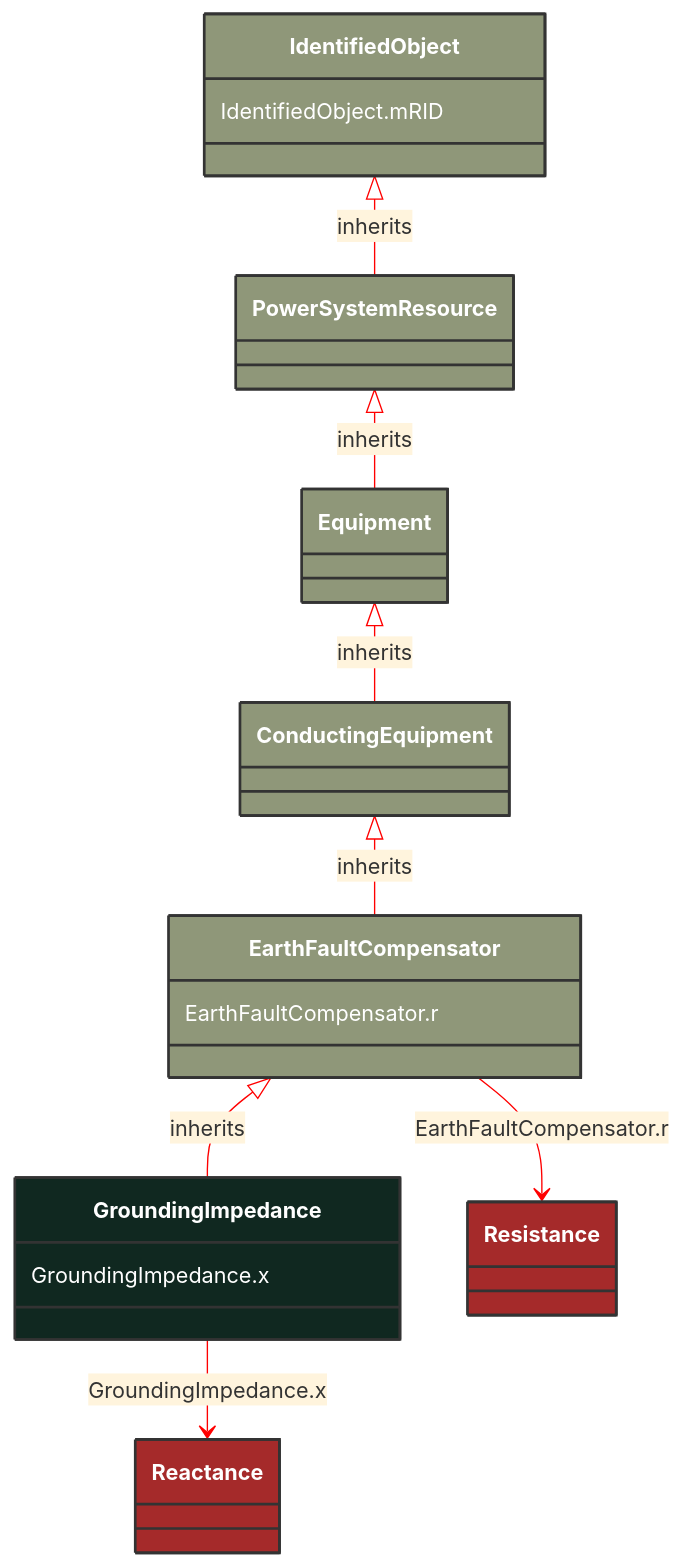
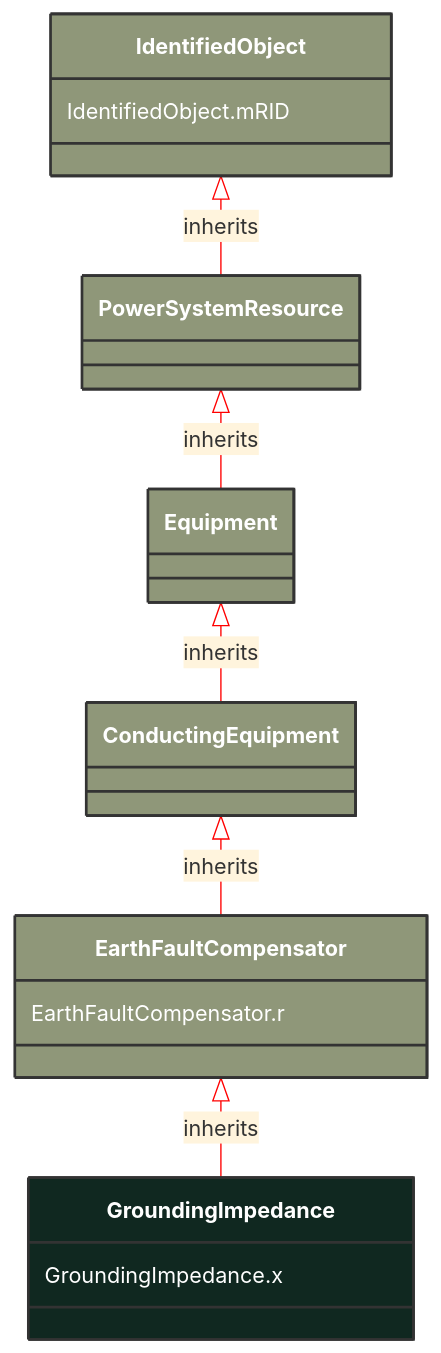
One commit to 3lbits/NoCIMExtensions changed the diagram in docs/Models/Profiles/ShortCircuit/ConcreteClasses/GroundingImpedance.md. Above: the diagram before and after it, drawn with Mermaid. The commit also changed other lines of this file and 397 other files, not shown here.

First line of the commit message:
Refactor CIM schemas to introduce abstract classes and consolidate data types

````diff
--- a/docs/Models/Profiles/ShortCircuit/ConcreteClasses/GroundingImpedance.md
+++ b/docs/Models/Profiles/ShortCircuit/ConcreteClasses/GroundingImpedance.md
@@ -8,43 +8,33 @@
 ```mermaid
 %%{init: {'theme':'base','themeVariables': {'lineColor': '#FF0000'}}}%%
 classDiagram
     class GroundingImpedance
     click GroundingImpedance href "/Models/Profiles/ShortCircuit/ConcreteClasses/GroundingImpedance/"
     style GroundingImpedance fill:#102820,stroke:#333,stroke-width:2px,rx:10,ry:10,color:white
      
         EarthFaultCompensator <|-- GroundingImpedance : inherits
-            click EarthFaultCompensator href "/Models/Profiles/ShortCircuit/ConcreteClasses/EarthFaultCompensator/"
+            click EarthFaultCompensator href "/Models/Profiles/ShortCircuit/AbstractClasses/EarthFaultCompensator/"
             style EarthFaultCompensator fill:#8F9779,stroke:#333,stroke-width:2px,rx:10,ry:10,color:white
      
         ConductingEquipment <|-- EarthFaultCompensator : inherits
-            click ConductingEquipment href "/Models/Profiles/ShortCircuit/ConcreteClasses/ConductingEquipment/"
+            click ConductingEquipment href "/Models/Profiles/ShortCircuit/AbstractClasses/ConductingEquipment/"
             style ConductingEquipment fill:#8F9779,stroke:#333,stroke-width:2px,rx:10,ry:10,color:white
      
         Equipment <|-- ConductingEquipment : inherits
-            click Equipment href "/Models/Profiles/ShortCircuit/ConcreteClasses/Equipment/"
+            click Equipment href "/Models/Profiles/ShortCircuit/AbstractClasses/Equipment/"
             style Equipment fill:#8F9779,stroke:#333,stroke-width:2px,rx:10,ry:10,color:white
      
         PowerSystemResource <|-- Equipment : inherits
-            click PowerSystemResource href "/Models/Profiles/ShortCircuit/ConcreteClasses/PowerSystemResource/"
+            click PowerSystemResource href "/Models/Profiles/ShortCircuit/AbstractClasses/PowerSystemResource/"
             style PowerSystemResource fill:#8F9779,stroke:#333,stroke-width:2px,rx:10,ry:10,color:white
      
         IdentifiedObject <|-- PowerSystemResource : inherits
-            click IdentifiedObject href "/Models/Profiles/ShortCircuit/ConcreteClasses/IdentifiedObject/"
+            click IdentifiedObject href "/Models/Profiles/ShortCircuit/AbstractClasses/IdentifiedObject/"
             style IdentifiedObject fill:#8F9779,stroke:#333,stroke-width:2px,rx:10,ry:10,color:white
 
-        GroundingImpedance --> Reactance : GroundingImpedance.x
-
-        Reactance
-            click Reactance href "/Models/Profiles/ShortCircuit/ConcreteClasses/Reactance/"
-            style Reactance fill:#A52A2A,stroke:#333,stroke-width:2px,rx:10,ry:10,color:white
-        EarthFaultCompensator --> Resistance : EarthFaultCompensator.r
-
-        Resistance
-            click Resistance href "/Models/Profiles/ShortCircuit/ConcreteClasses/Resistance/"
-            style Resistance fill:#A52A2A,stroke:#333,stroke-width:2px,rx:10,ry:10,color:white
 
 
         GroundingImpedance : GroundingImpedance.x
         EarthFaultCompensator : EarthFaultCompensator.r
         IdentifiedObject : IdentifiedObject.mRID
 ```
````
